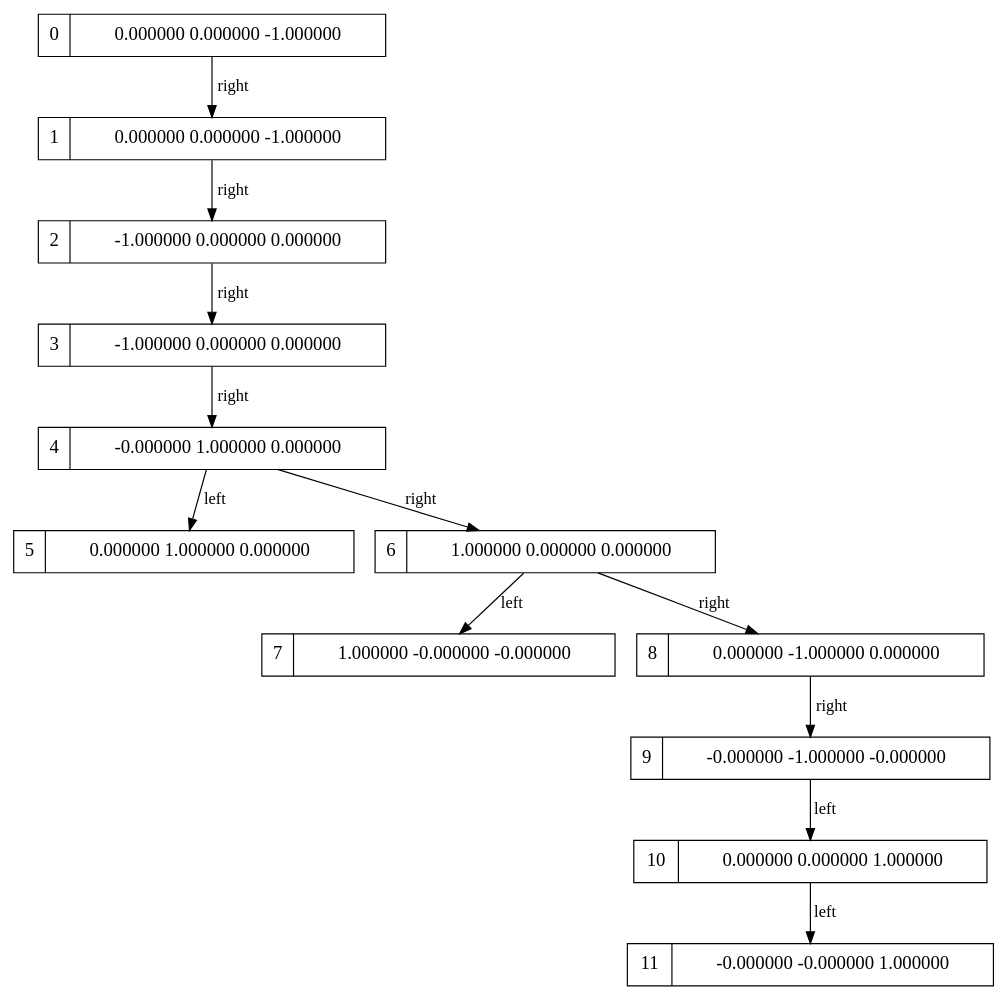
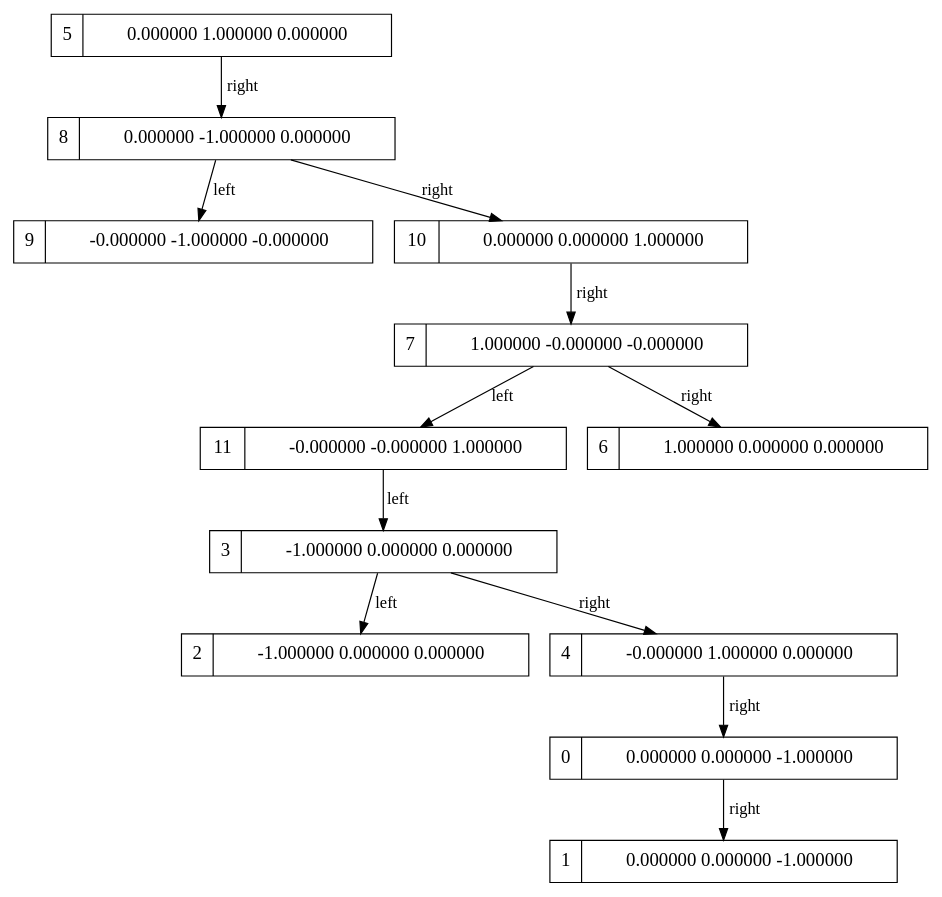
Before and after one commit to AryaGosuDev/RayTracer: the diagram in Render2/cubeoutGraph.dot, drawn with Graphviz. The commit also changed 26 other files, not shown here.

```diff
--- a/Render2/cubeoutGraph.dot
+++ b/Render2/cubeoutGraph.dot
@@ -1,1 +1,1 @@
-digraph g { graph []; node [ fontsize="16" shape = "ellipse"]; edge [];"node0" [ label = "0 | 0.000000 0.000000 -1.000000 " shape = "record" ];"node1" [ label = "1 | 0.000000 0.000000 -1.000000 " shape = "record" ];"node2" [ label = "2 | -1.000000 0.000000 0.000000 " shape = "record" ];"node3" [ label = "3 | -1.000000 0.000000 0.000000 " shape = "record" ];"node4" [ label = "4 | -0.000000 1.000000 0.000000 " shape = "record" ];"node5" [ label = "5 | 0.000000 1.000000 0.000000 " shape = "record" ];"node6" [ label = "6 | 1.000000 0.000000 0.000000 " shape = "record" ];"node7" [ label = "7 | 1.000000 -0.000000 -0.000000 " shape = "record" ];"node8" [ label = "8 | 0.000000 -1.000000 0.000000 " shape = "record" ];"node9" [ label = "9 | -0.000000 -1.000000 -0.000000 " shape = "record" ];"node10" [ label = "10 | 0.000000 0.000000 1.000000 " shape = "record" ];"node11" [ label = "11 | -0.000000 -0.000000 1.000000 " shape = "record" ];"node0"-> "node1" [ label = "right"];"node1"-> "node2" [ label = "right"];"node2"-> "node3" [ label = "right"];"node3"-> "node4" [ label = "right"];"node4"-> "node5" [ label = "left"];"node4"-> "node6" [ label = "right"];"node6"-> "node7" [ label = "left"];"node6"-> "node8" [ label = "right"];"node8"-> "node9" [ label = "right"];"node9"-> "node10" [ label = "left"];"node10"-> "node11" [ label = "left"];}
+digraph g { graph []; node [ fontsize="16" shape = "ellipse"]; edge [];"node5" [ label = "5 | 0.000000 1.000000 0.000000 " shape = "record" ];"node8" [ label = "8 | 0.000000 -1.000000 0.000000 " shape = "record" ];"node9" [ label = "9 | -0.000000 -1.000000 -0.000000 " shape = "record" ];"node10" [ label = "10 | 0.000000 0.000000 1.000000 " shape = "record" ];"node7" [ label = "7 | 1.000000 -0.000000 -0.000000 " shape = "record" ];"node11" [ label = "11 | -0.000000 -0.000000 1.000000 " shape = "record" ];"node3" [ label = "3 | -1.000000 0.000000 0.000000 " shape = "record" ];"node2" [ label = "2 | -1.000000 0.000000 0.000000 " shape = "record" ];"node4" [ label = "4 | -0.000000 1.000000 0.000000 " shape = "record" ];"node0" [ label = "0 | 0.000000 0.000000 -1.000000 " shape = "record" ];"node1" [ label = "1 | 0.000000 0.000000 -1.000000 " shape = "record" ];"node6" [ label = "6 | 1.000000 0.000000 0.000000 " shape = "record" ];"node5"-> "node8" [ label = "right"];"node8"-> "node9" [ label = "left"];"node8"-> "node10" [ label = "right"];"node10"-> "node7" [ label = "right"];"node7"-> "node11" [ label = "left"];"node11"-> "node3" [ label = "left"];"node3"-> "node2" [ label = "left"];"node3"-> "node4" [ label = "right"];"node4"-> "node0" [ label = "right"];"node0"-> "node1" [ label = "right"];"node7"-> "node6" [ label = "right"];}
```
